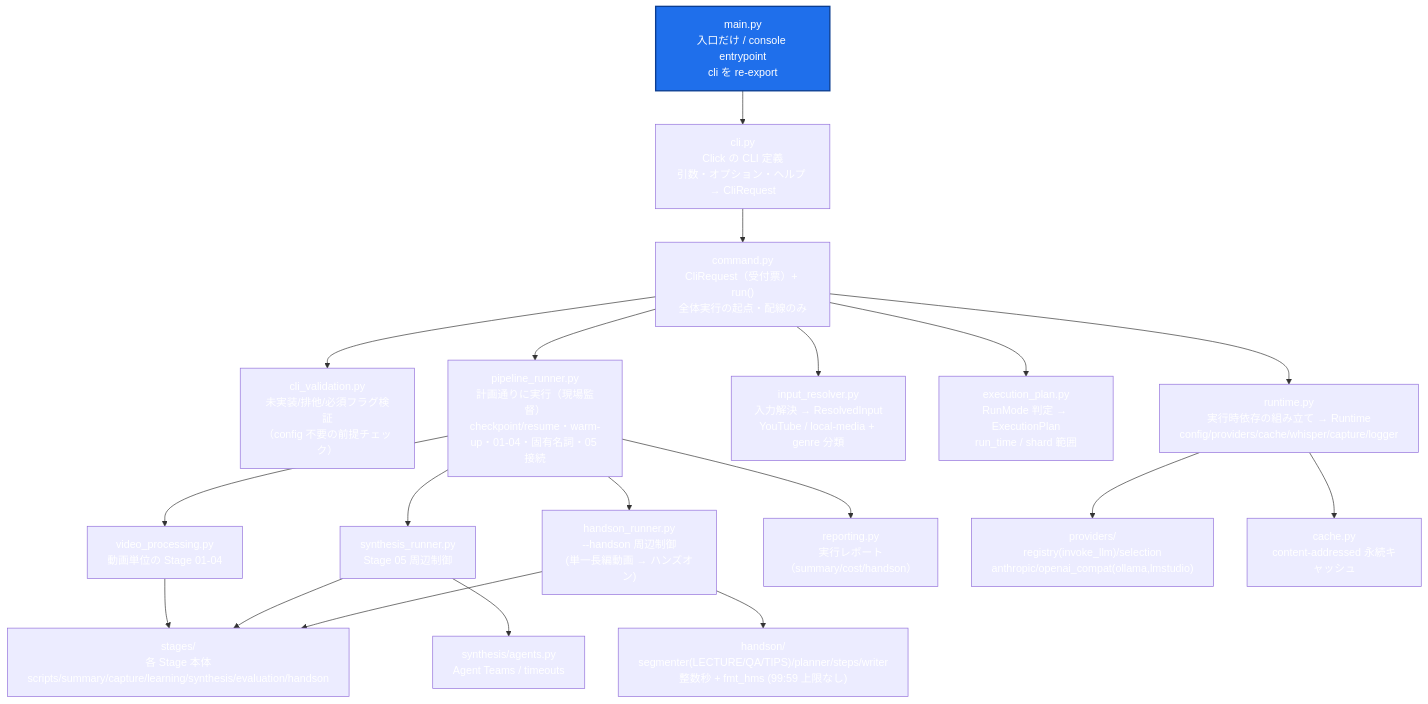
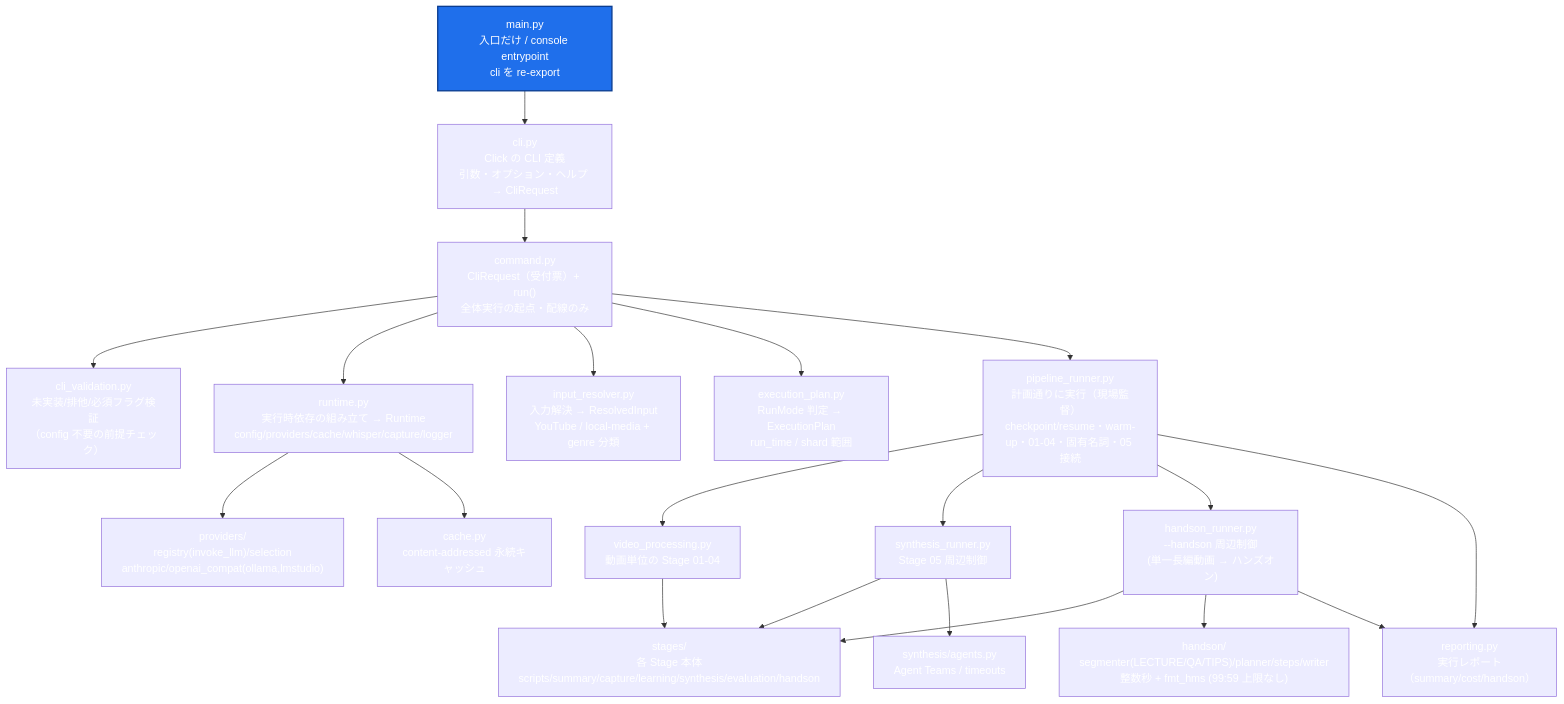
Before and after one commit to theosera/pipeline-youtube-SDK: the diagram in docs/main-architecture.md, drawn with Mermaid. The commit also changed other lines of this file and 3 other files, not shown here.

First line of the commit message:
fix(handson): address review findings on segmenter, config errors and architecture doc

````diff
--- a/docs/main-architecture.md
+++ b/docs/main-architecture.md
@@ -29,34 +29,34 @@
 ```mermaid
 flowchart TD
     MAIN["main.py<br/>入口だけ / console entrypoint<br/>cli を re-export"]
     CLI["cli.py<br/>Click の CLI 定義<br/>引数・オプション・ヘルプ → CliRequest"]
     CMD["command.py<br/>CliRequest（受付票）+ run()<br/>全体実行の起点・配線のみ"]
 
     VALID["cli_validation.py<br/>未実装/排他/必須フラグ検証<br/>（config 不要の前提チェック）"]
     RUNTIME["runtime.py<br/>実行時依存の組み立て → Runtime<br/>config/providers/cache/whisper/capture/logger"]
     INPUT["input_resolver.py<br/>入力解決 → ResolvedInput<br/>YouTube / local-media + genre 分類"]
     PLAN["execution_plan.py<br/>RunMode 判定 → ExecutionPlan<br/>run_time / shard 範囲"]
     RUNNER["pipeline_runner.py<br/>計画通りに実行（現場監督）<br/>checkpoint/resume・warm-up・01-04・固有名詞・05 接続"]
 
     VIDEO["video_processing.py<br/>動画単位の Stage 01-04"]
     SYNTH_RUN["synthesis_runner.py<br/>Stage 05 周辺制御"]
     HANDSON_RUN["handson_runner.py<br/>--handson 周辺制御<br/>(単一長編動画 → ハンズオン)"]
     REPORT["reporting.py<br/>実行レポート（summary/cost/handson）"]
 
     STAGES["stages/<br/>各 Stage 本体<br/>scripts/summary/capture/learning/synthesis/evaluation/handson"]
     SYNAGENTS["synthesis/agents.py<br/>Agent Teams / timeouts"]
     HANDSONPKG["handson/<br/>segmenter(LECTURE/QA/TIPS)/planner/steps/writer<br/>整数秒 + fmt_hms (99:59 上限なし)"]
     PROVIDERS["providers/<br/>registry(invoke_llm)/selection<br/>anthropic/openai_compat(ollama,lmstudio)"]
     CACHE["cache.py<br/>content-addressed 永続キャッシュ"]
 
     MAIN --> CLI --> CMD
     CMD --> VALID & RUNTIME & INPUT & PLAN & RUNNER
     RUNNER --> VIDEO & SYNTH_RUN & HANDSON_RUN & REPORT
     VIDEO --> STAGES
     SYNTH_RUN --> STAGES & SYNAGENTS
-    HANDSON_RUN --> STAGES & HANDSONPKG
+    HANDSON_RUN --> STAGES & HANDSONPKG & REPORT
     RUNTIME --> PROVIDERS & CACHE
 
     classDef root fill:#1f6feb,color:#fff,stroke:#0b3d91,stroke-width:2px;
     class MAIN root;
 ```
````
